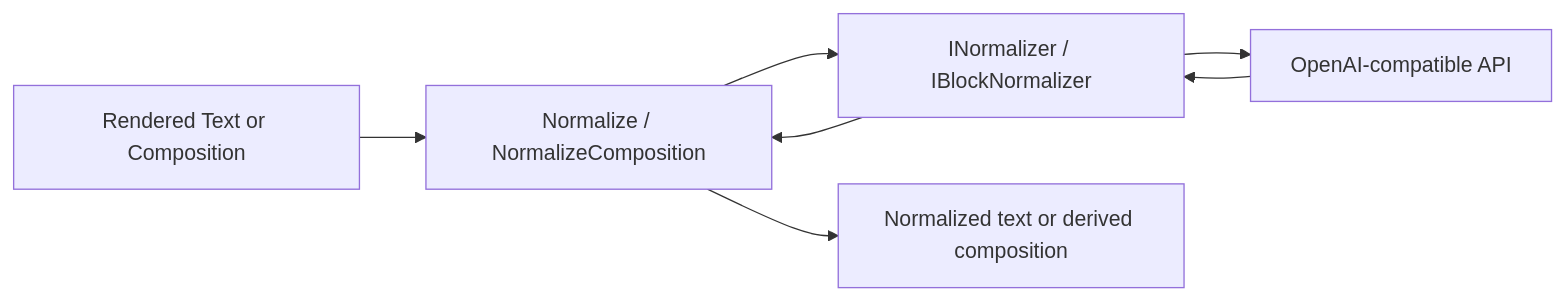
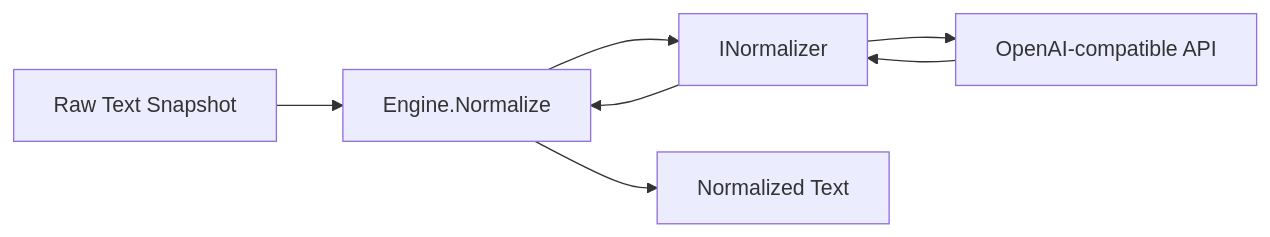
Before and after one commit to Artem535/TextFoundry: the first of 2 diagrams in doc/modules/ROOT/pages/project/functions/normalization/system-design.adoc, drawn with Mermaid. The commit also changed other lines of this file and 9 other files, not shown here.

```diff
--- a/doc/modules/ROOT/pages/project/functions/normalization/system-design.adoc
+++ b/doc/modules/ROOT/pages/project/functions/normalization/system-design.adoc
@@ -34,10 +87,10 @@
 [mermaid]
 ----
 flowchart LR
-  Source["Rendered Text or Composition"] --> Engine["Normalize / NormalizeComposition"]
-  Engine --> Normalizer["INormalizer / IBlockNormalizer"]
+  Raw["Raw Text Snapshot"] --> Engine["Engine.Normalize"]
+  Engine --> Normalizer["INormalizer"]
   Normalizer --> Provider["OpenAI-compatible API"]
   Provider --> Normalizer
   Normalizer --> Engine
-  Engine --> Result["Normalized text or derived composition"]
+  Engine --> Result["Normalized Text"]
 ----
```
